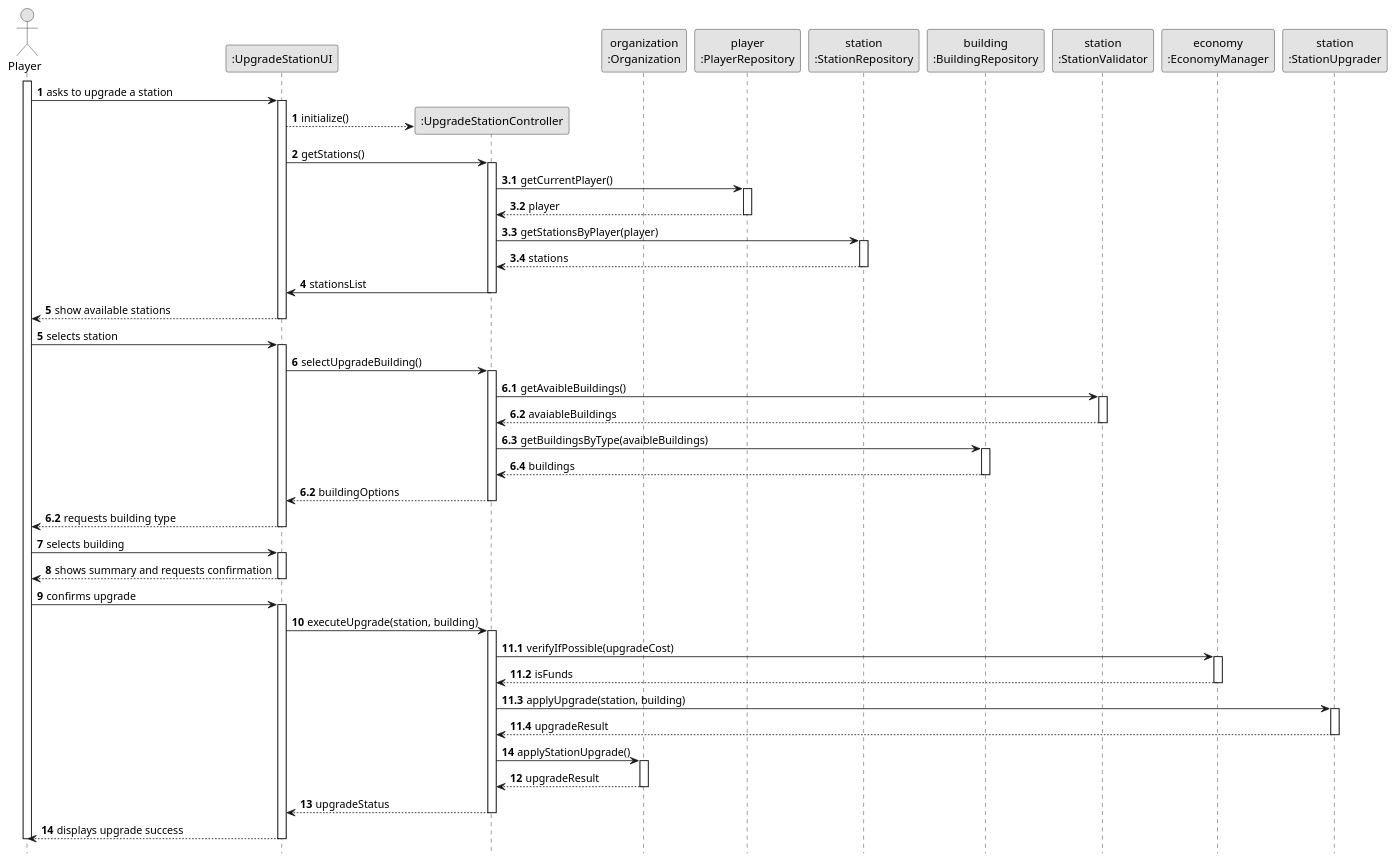
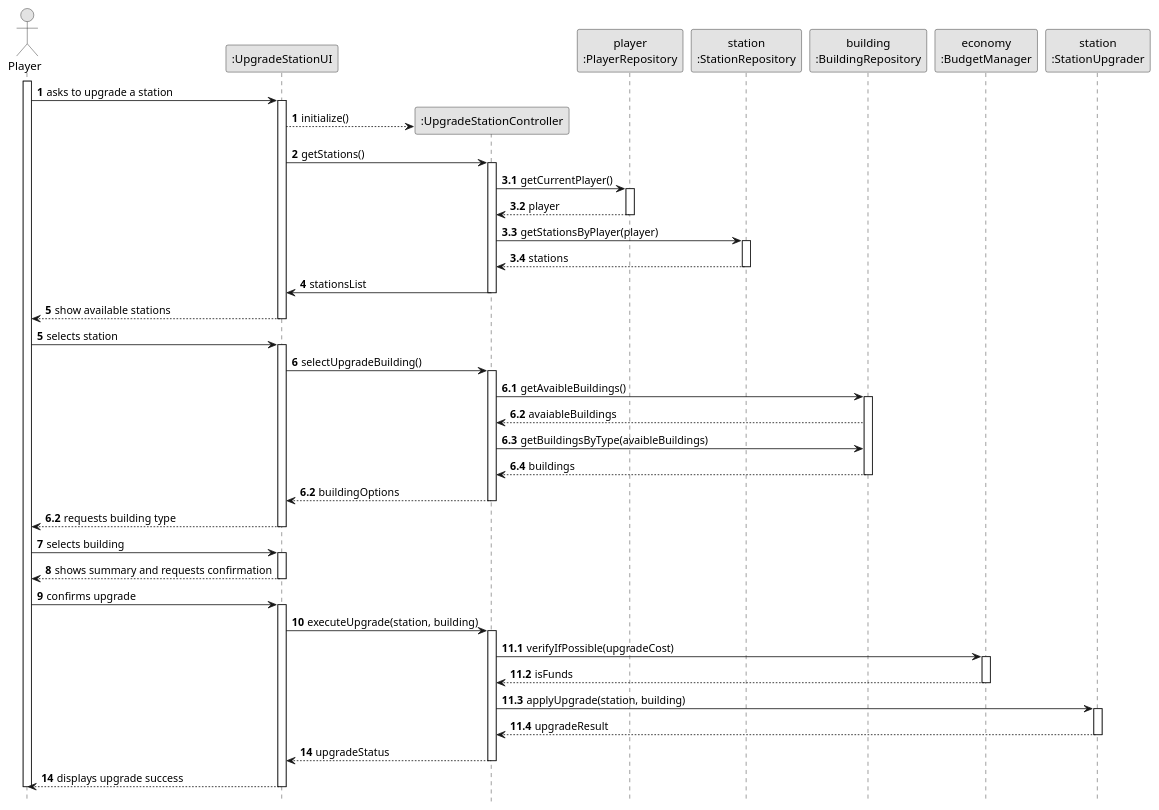
The diagram in Sprint2/US06/03.Design/SSD-Full.puml (Andremonteiro1240850/railway_simulator), drawn with PlantUML before and after one commit. The commit also changed 1 other file, not shown here.

```diff
--- a/Sprint2/US06/03.Design/SSD-Full.puml
+++ b/Sprint2/US06/03.Design/SSD-Full.puml
@@ -1,124 +1,118 @@
 @startuml
 skinparam monochrome true
 skinparam packageStyle rectangle
 skinparam shadowing false
 
 autonumber
 
 hide footbox
 actor "Player" as PLAYER
 
 participant ":UpgradeStationUI" as UI
 participant ":UpgradeStationController" as CTRL
-participant "organization\n:Organization" as ORG
 participant "player\n:PlayerRepository" as PLAYER_REPO
 participant "station\n:StationRepository" as STATION_REPO
 participant "building\n:BuildingRepository" as BUILDING_REPO
-participant "station\n:StationValidator" as VALIDATOR
-participant "economy\n:EconomyManager" as ECONOMY
+participant "economy\n:BudgetManager" as ECONOMY
 participant "station\n:StationUpgrader" as UPGRADER
 
 activate PLAYER
 
     PLAYER -> UI : asks to upgrade a station
     autonumber 1
 
     activate UI
         UI --> CTRL** : initialize()
         autonumber 2
         UI -> CTRL : getStations()
         autonumber 3
 
         autonumber 3.1
         activate CTRL
 
                 CTRL -> PLAYER_REPO : getCurrentPlayer()
                 activate PLAYER_REPO
                     PLAYER_REPO --> CTRL : player
                 deactivate PLAYER_REPO
 
                 CTRL -> STATION_REPO : getStationsByPlayer(player)
                 activate STATION_REPO
                     STATION_REPO --> CTRL : stations
                 deactivate STATION_REPO
 
             autonumber 4
             CTRL -> UI : stationsList
 
         deactivate CTRL
         UI --> PLAYER : show available stations
         autonumber 5
     deactivate UI
 
     PLAYER -> UI : selects station
     autonumber 6
     activate UI
         UI -> CTRL : selectUpgradeBuilding()
 autonumber 6.1
 
 
 activate CTRL
 
-        CTRL -> VALIDATOR : getAvaibleBuildings()
-        activate VALIDATOR
-            VALIDATOR --> CTRL : avaiableBuildings
-        deactivate VALIDATOR
+
+        CTRL -> BUILDING_REPO : getAvaibleBuildings()
+       activate BUILDING_REPO
+            BUILDING_REPO --> CTRL : avaiableBuildings
+
 
         CTRL -> BUILDING_REPO : getBuildingsByType(avaibleBuildings)
-        activate BUILDING_REPO
+
             BUILDING_REPO --> CTRL : buildings
         deactivate BUILDING_REPO
 
     autonumber 6.2
 
 
             CTRL --> UI : buildingOptions
             autonumber 6.2
         deactivate CTRL
 
         UI --> PLAYER : requests building type
         autonumber 7
     deactivate UI
 
     PLAYER -> UI : selects building
     autonumber 8
     activate UI
         UI --> PLAYER : shows summary and requests confirmation
         autonumber 9
     deactivate UI
 
     PLAYER -> UI : confirms upgrade
     autonumber 10
     activate UI
         UI -> CTRL : executeUpgrade(station, building)
         autonumber 11
         autonumber 11.1
         activate CTRL
 
                 CTRL -> ECONOMY : verifyIfPossible(upgradeCost)
                 activate ECONOMY
                     ECONOMY --> CTRL : isFunds
                 deactivate ECONOMY
 
                 CTRL -> UPGRADER : applyUpgrade(station, building)
                 activate UPGRADER
                     UPGRADER --> CTRL : upgradeResult
                 deactivate UPGRADER
 
             autonumber 14
 
-            CTRL -> ORG: applyStationUpgrade()
-            autonumber 12
-            activate ORG
-                ORG --> CTRL : upgradeResult
-                autonumber 13
-            deactivate ORG
+
             CTRL --> UI: upgradeStatus
             autonumber 14
         deactivate CTRL
         UI --> PLAYER: displays upgrade success
         autonumber 15
     deactivate UI
 
 deactivate PLAYER
 @enduml
```
